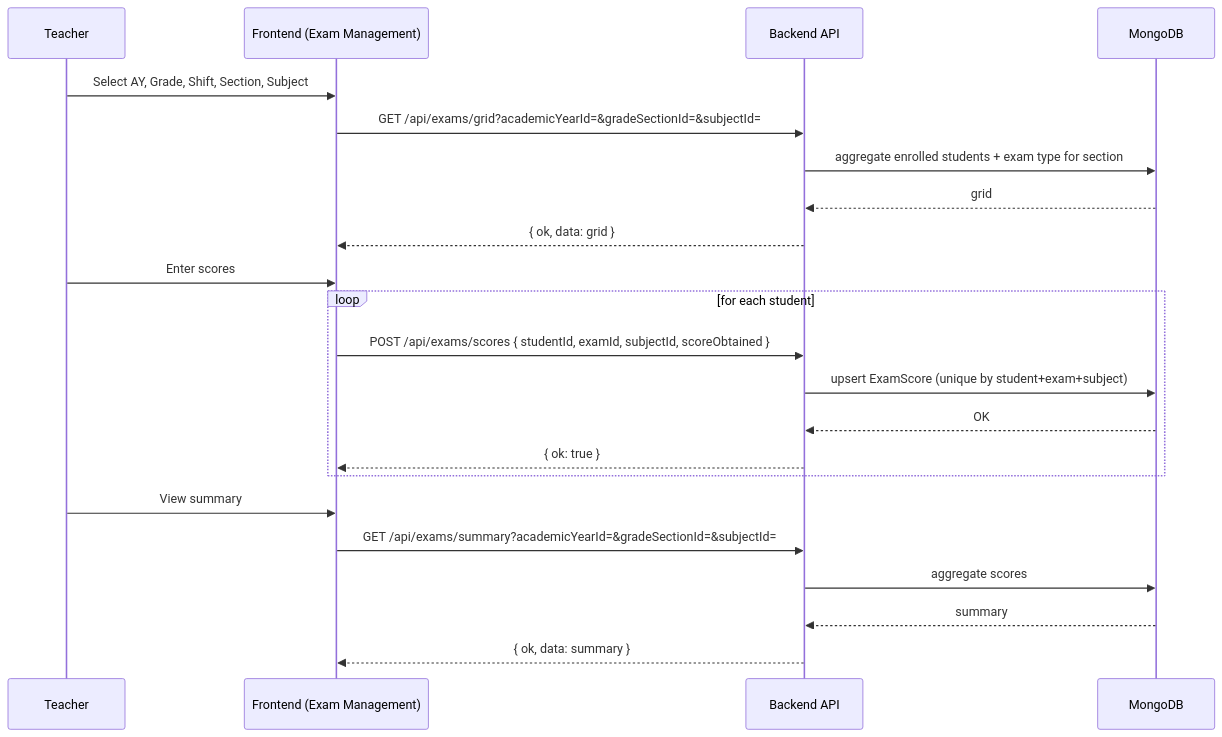
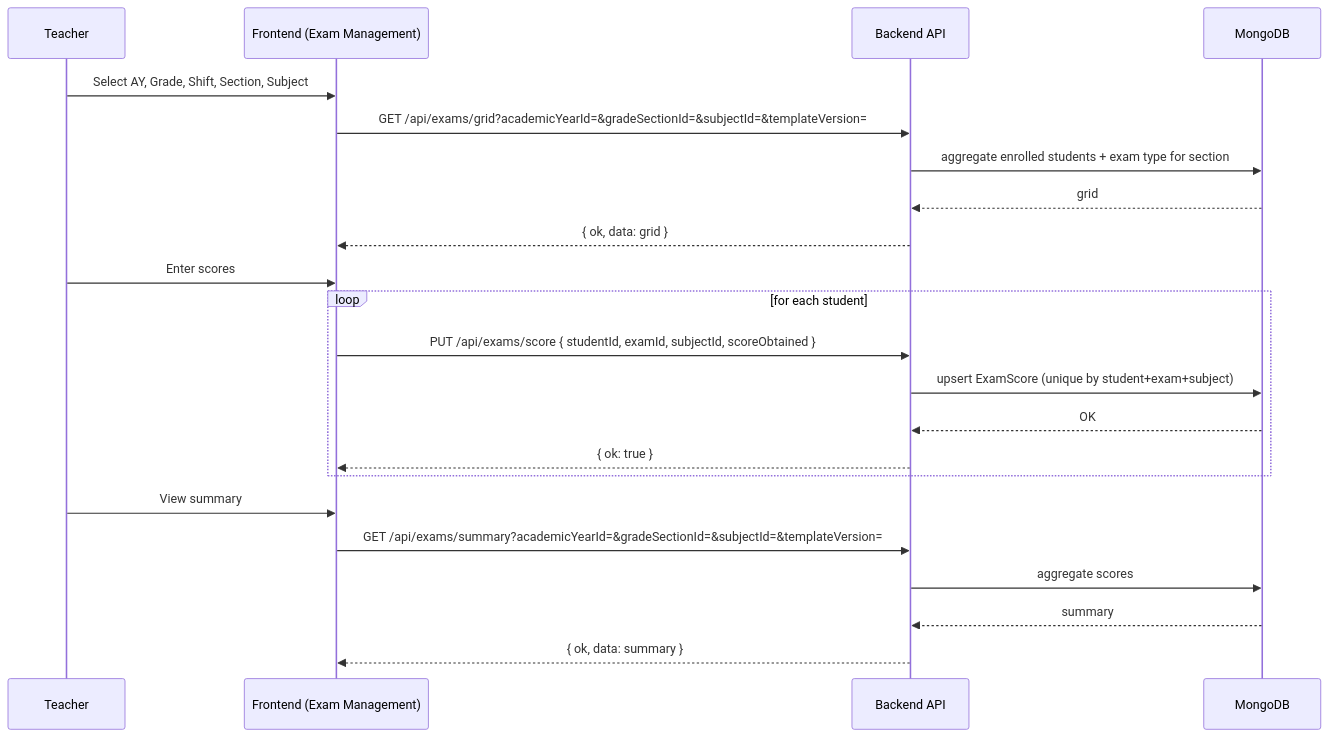
The fifth of 6 diagrams in docs/DIAGRAMS.md (khays62/nuuru-al-bayaan), drawn with Mermaid before and after one commit. The commit also changed other lines of this file and 2 other files, not shown here.

Commit message:
docs: update diagrams/data models/architecture

````diff
--- a/docs/DIAGRAMS.md
+++ b/docs/DIAGRAMS.md
@@ -180,27 +197,27 @@
 ```mermaid
 sequenceDiagram
   participant U as Teacher
   participant FE as Frontend (Exam Management)
   participant API as Backend API
   participant DB as MongoDB
 
   U->>FE: Select AY, Grade, Shift, Section, Subject
-  FE->>API: GET /api/exams/grid?academicYearId=&gradeSectionId=&subjectId=
+  FE->>API: GET /api/exams/grid?academicYearId=&gradeSectionId=&subjectId=&templateVersion=
   API->>DB: aggregate enrolled students + exam type for section
   DB-->>API: grid
   API-->>FE: { ok, data: grid }
 
   U->>FE: Enter scores
   loop for each student
-    FE->>API: POST /api/exams/scores { studentId, examId, subjectId, scoreObtained }
+    FE->>API: PUT /api/exams/score { studentId, examId, subjectId, scoreObtained }
     API->>DB: upsert ExamScore (unique by student+exam+subject)
     DB-->>API: OK
     API-->>FE: { ok: true }
   end
 
   U->>FE: View summary
-  FE->>API: GET /api/exams/summary?academicYearId=&gradeSectionId=&subjectId=
+  FE->>API: GET /api/exams/summary?academicYearId=&gradeSectionId=&subjectId=&templateVersion=
   API->>DB: aggregate scores
   DB-->>API: summary
   API-->>FE: { ok, data: summary }
 ```
````
